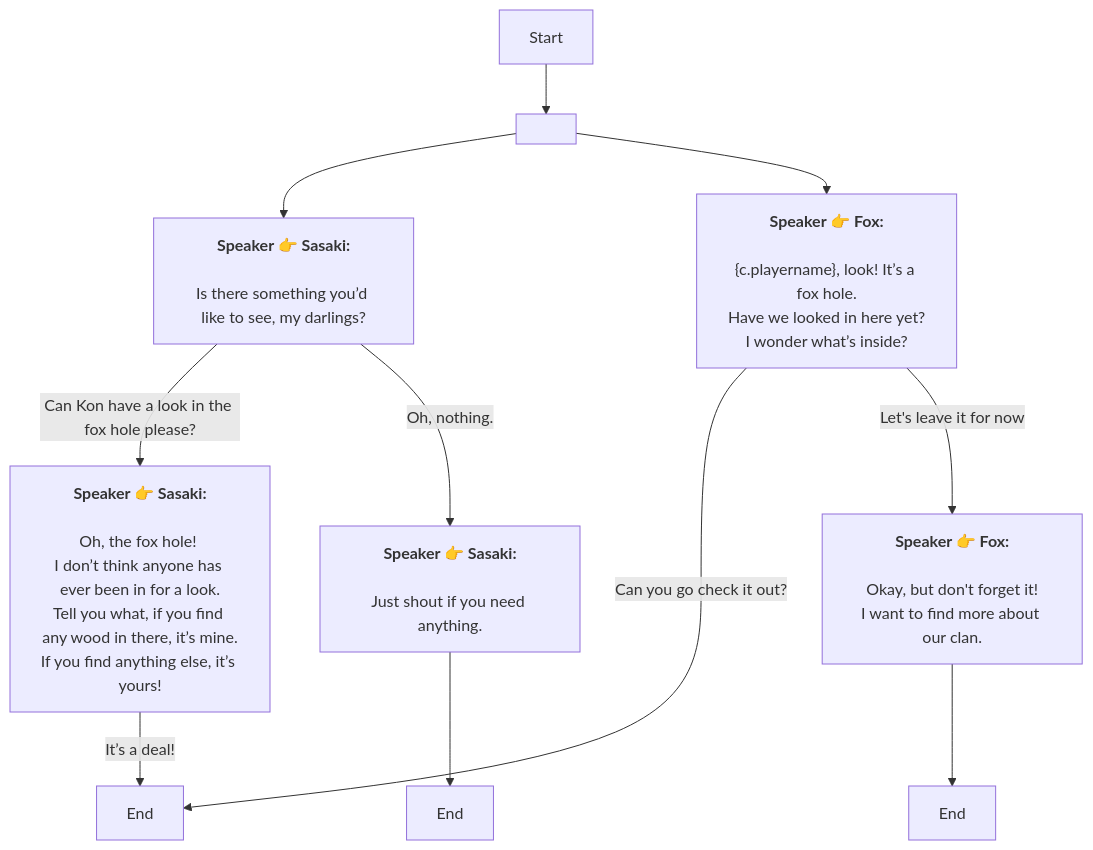
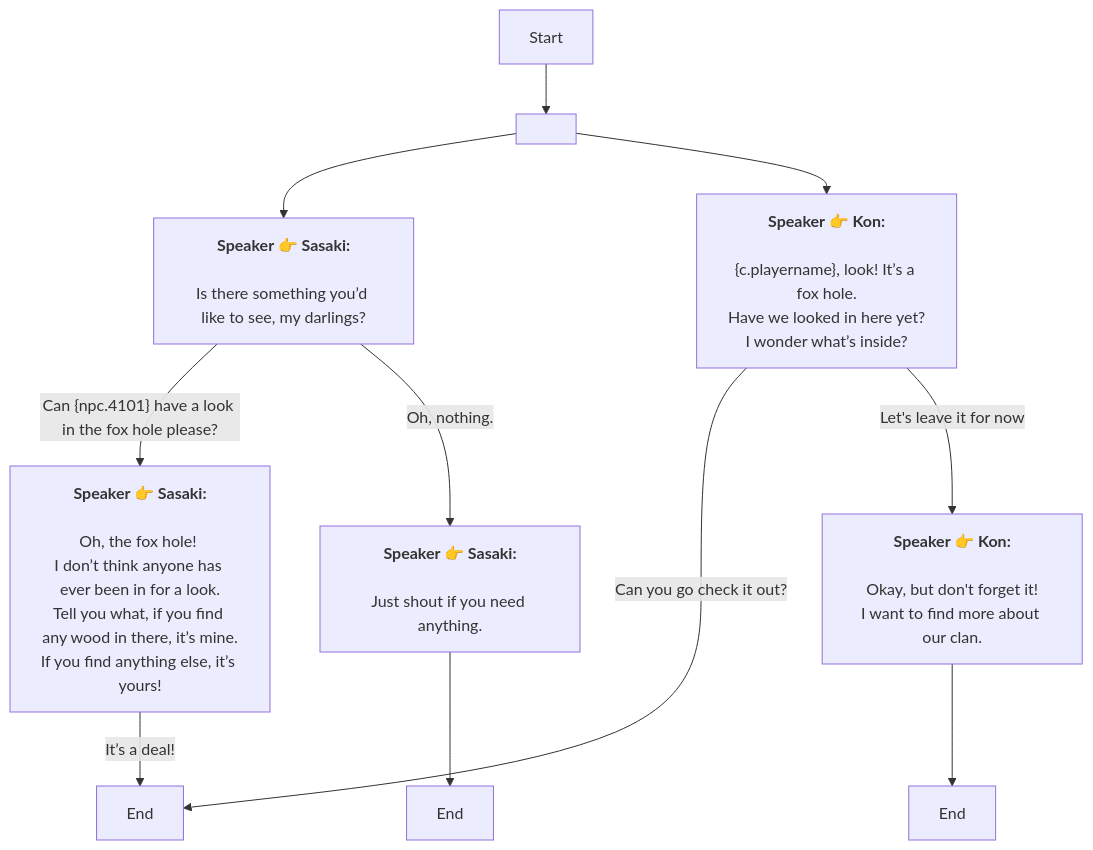
The diagram in En/QuestTalkObjectiveNode_1778104566543025.md (SoftHu/tos_avg), drawn with Mermaid before and after one commit. The commit also changed 730 other files, not shown here.

````diff
--- a/En/QuestTalkObjectiveNode_1778104566543025.md
+++ b/En/QuestTalkObjectiveNode_1778104566543025.md
@@ -1,24 +1,24 @@
 ```mermaid
 graph
 Start -->1778104882951888[ ]
 1778104882951888 -->1778104882955998[<b>Speaker 👉 Sasaki:</b>
 \nIs there something you’d like to see, my darlings?]
-1778104882951888 -->1778104882952913[<b>Speaker 👉 Fox:</b>
+1778104882951888 -->1778104882952913[<b>Speaker 👉 Kon:</b>
 \n&lbrace;c.playername&rbrace;, look! It’s a fox hole.
 Have we looked in here yet?
 I wonder what’s inside?]
 1778104882952913 -->|Can you go check it out?|1778104882954973[End]
-1778104882952913 -->|Let's leave it for now|1778104882953945[<b>Speaker 👉 Fox:</b>
+1778104882952913 -->|Let's leave it for now|1778104882953945[<b>Speaker 👉 Kon:</b>
 \nOkay, but don't forget it!
 I want to find more about our clan.]
 1778104882953945 -->1778104882954972[End]
-1778104882955998 -->|Can Kon have a look in the fox hole please?|1778104882959082[<b>Speaker 👉 Sasaki:</b>
+1778104882955998 -->|Can &lbrace;npc.4101&rbrace; have a look in the fox hole please?|1778104882959082[<b>Speaker 👉 Sasaki:</b>
 \nOh, the fox hole! 
 I don’t think anyone has ever been in for a look.\nTell you what, if you find any wood in there, it’s mine.
 If you find anything else, it’s yours!]
 1778104882955998 -->|Oh, nothing.|1778104882957029[<b>Speaker 👉 Sasaki:</b>
 \nJust shout if you need anything.]
 1778104882957029 -->1778104882957032[End]
 1778104882959082 -->|It’s a deal!|1778104882954973[End]
 
 ```
````
